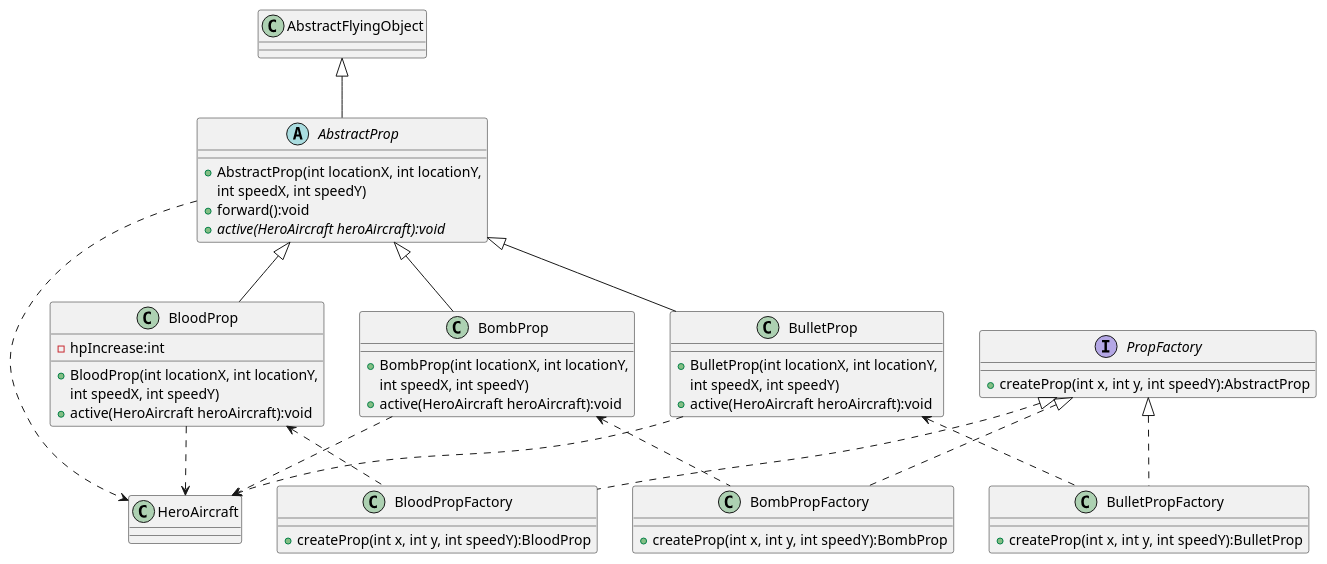
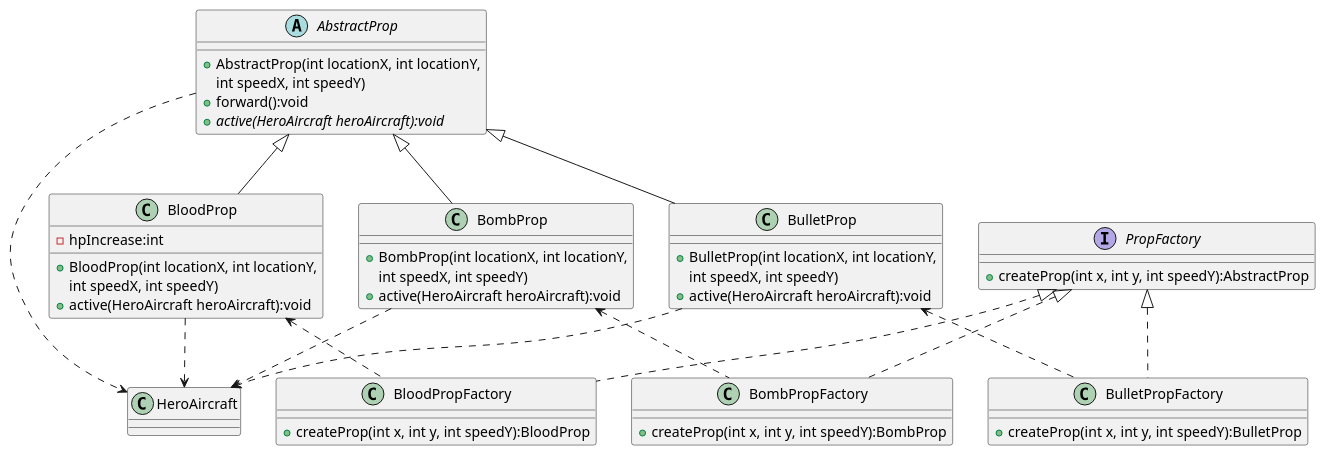
Before and after one commit to HaHaRen6/AircraftWar-base: the diagram in uml/PropFactory.puml, drawn with PlantUML.

Commit message:
lab2 all finish

```diff
--- a/uml/PropFactory.puml
+++ b/uml/PropFactory.puml
@@ -1,78 +1,77 @@
 @startuml PropFactory
 'https://plantuml.com/class-diagram
 
 
 abstract class AbstractProp
 {
     + AbstractProp(int locationX, int locationY,
         int speedX, int speedY)
     + forward():void
     + {abstract} active(HeroAircraft heroAircraft):void
 }
-AbstractFlyingObject <|-- AbstractProp
 AbstractProp ..> HeroAircraft
 
 
 class BloodProp
 {
     - hpIncrease:int
 
     + BloodProp(int locationX, int locationY,
         int speedX, int speedY)
     + active(HeroAircraft heroAircraft):void
 }
 AbstractProp <|-- BloodProp
 BloodProp ..> HeroAircraft
 
 
 class BombProp
 {
 
     + BombProp(int locationX, int locationY,
         int speedX, int speedY)
     + active(HeroAircraft heroAircraft):void
 }
 AbstractProp <|-- BombProp
 BombProp ..> HeroAircraft
 
 
 class BulletProp
 {
 
     + BulletProp(int locationX, int locationY,
         int speedX, int speedY)
     + active(HeroAircraft heroAircraft):void
 }
 AbstractProp <|-- BulletProp
 BulletProp ..> HeroAircraft
 
 
 
 
 interface PropFactory {
     + createProp(int x, int y, int speedY):AbstractProp
 }
 
 
 class BloodPropFactory {
     + createProp(int x, int y, int speedY):BloodProp
 }
 PropFactory <|.. BloodPropFactory
 BloodProp <.. BloodPropFactory
 
 
 class BombPropFactory {
     + createProp(int x, int y, int speedY):BombProp
 }
 PropFactory <|.. BombPropFactory
 BombProp <.. BombPropFactory
 
 
 class BulletPropFactory {
     + createProp(int x, int y, int speedY):BulletProp
 }
 PropFactory <|.. BulletPropFactory
 BulletProp <.. BulletPropFactory
 
 
 @enduml
```
